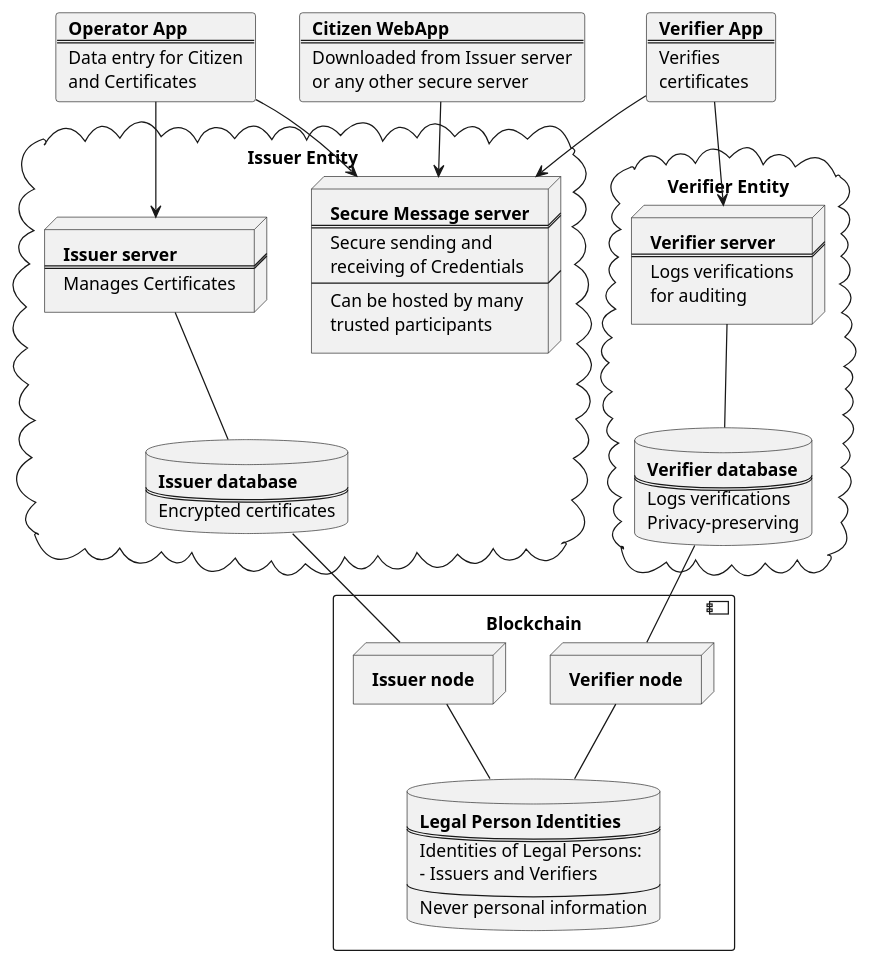
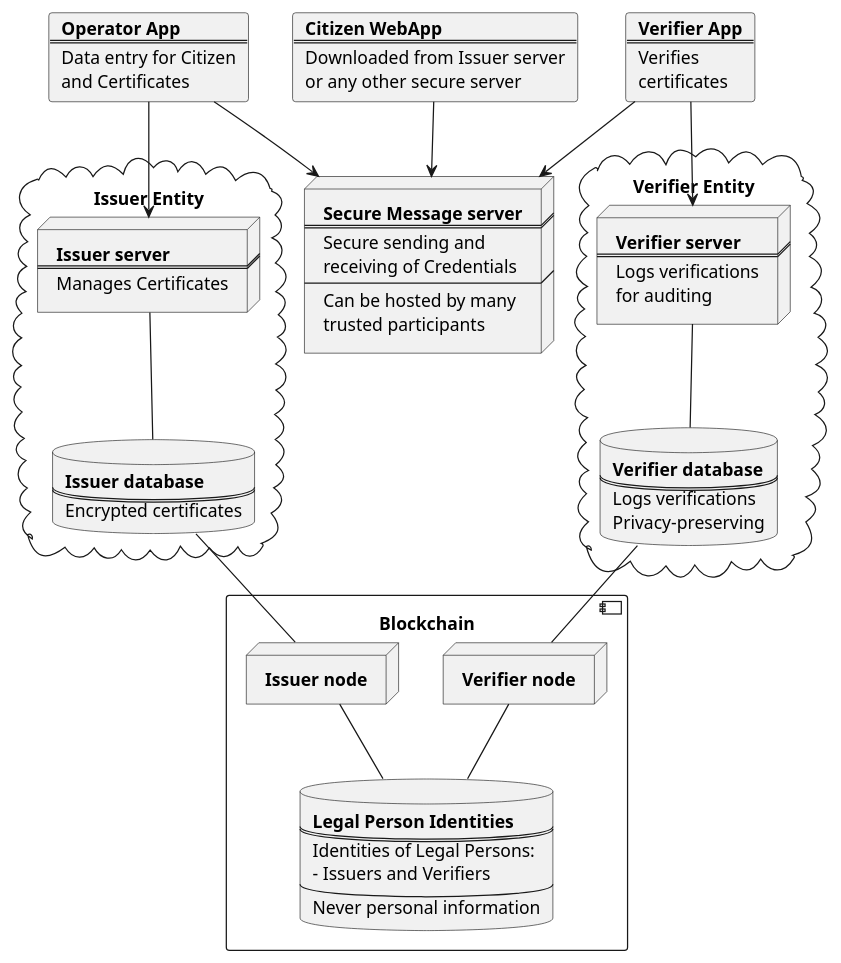
One commit to kemalbehram/SafeIsland changed the diagram in images/SafeIsland_Components.puml. Above: the diagram before and after it, drawn with PlantUML. The commit also changed 1 other file, not shown here.

Commit message:
Fix component diagram

```diff
--- a/images/SafeIsland_Components.puml
+++ b/images/SafeIsland_Components.puml
@@ -1,105 +1,106 @@
 @startuml SafeIsland_Components
 
 card OperatorApp [
   <b>Operator App
   ====
   Data entry for Citizen
   and Certificates
 ]
 
 card CitizenApp [
   <b>Citizen WebApp
   ====
   Downloaded from Issuer server
   or any other secure server
 ]
 
 card VerifierApp [
   <b>Verifier App
   ====
   Verifies
   certificates
 ]
 
 cloud "Issuer Entity" {
 
-  node SecureMessageServer [
-    <b>Secure Message server
-    ====
-    Secure sending and
-    receiving of Credentials
-    ---
-    Can be hosted by many
-    trusted participants
-  ]
-
   node IssuerServer [
     <b>Issuer server
     ====
     Manages Certificates
   ]
 
   database IssuerDatabase [
     <b>Issuer database
     ====
     Encrypted certificates
   ]
 
 }
+
+  node SecureMessageServer [
+    <b>Secure Message server
+    ====
+    Secure sending and
+    receiving of Credentials
+    ---
+    Can be hosted by many
+    trusted participants
+  ]
+
 
 cloud "Verifier Entity" {
 
   node VerifierServer [
     <b>Verifier server
     ====
     Logs verifications
     for auditing
   ]
 
   database VerifierDatabase [
     <b>Verifier database
     ====
     Logs verifications
     Privacy-preserving
   ]
 
 
 }
 
 component Blockchain {
 
   database Identities [
     <b>Legal Person Identities
     ====
     Identities of Legal Persons:
     - Issuers and Verifiers
     ----
     Never personal information
   ]
 
   node VerifierNode [
     <b>Verifier node
   ]
 
   node IssuerNode [
     <b>Issuer node
   ]
 
 }
 
 OperatorApp --> IssuerServer
 IssuerServer -- IssuerDatabase
 OperatorApp --> SecureMessageServer
 CitizenApp --> SecureMessageServer
 VerifierApp --> SecureMessageServer
 
 VerifierApp --> VerifierServer
 VerifierServer -- VerifierDatabase
 
 IssuerDatabase -- IssuerNode
 VerifierDatabase -- VerifierNode
 
 IssuerNode -- Identities
 VerifierNode -- Identities
 
 @enduml
```
